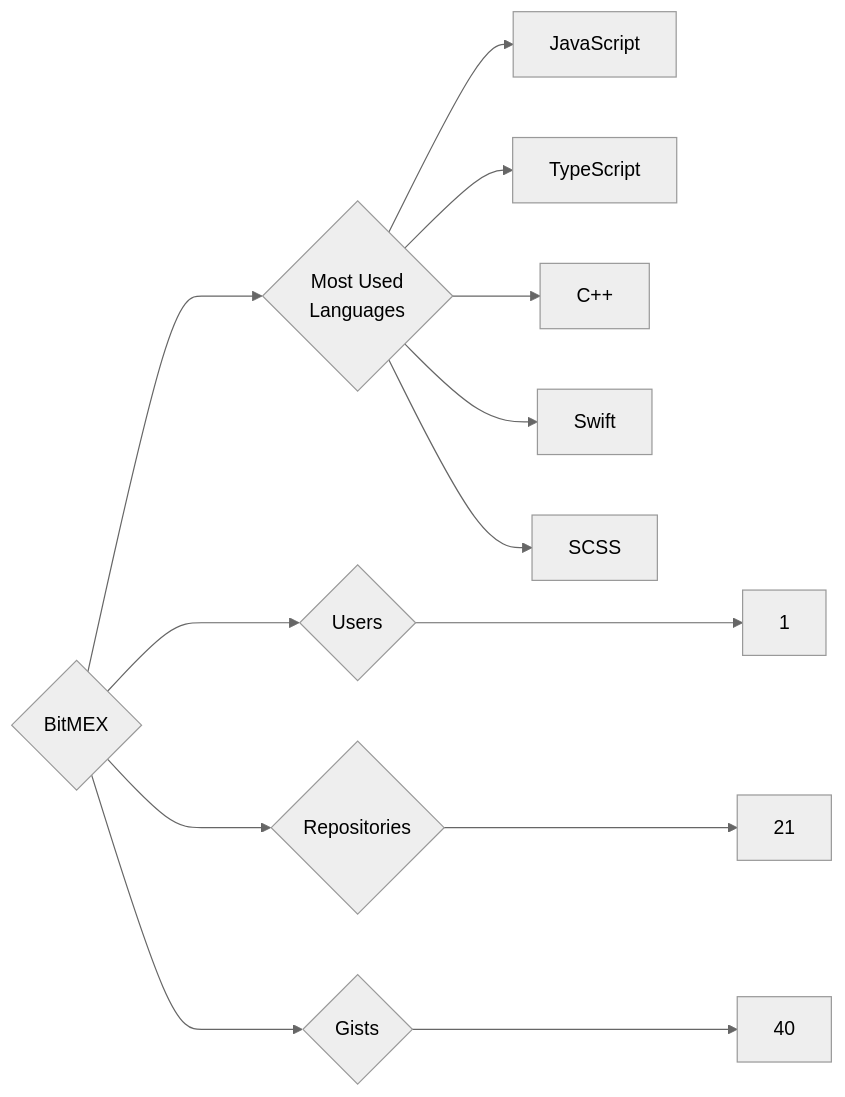
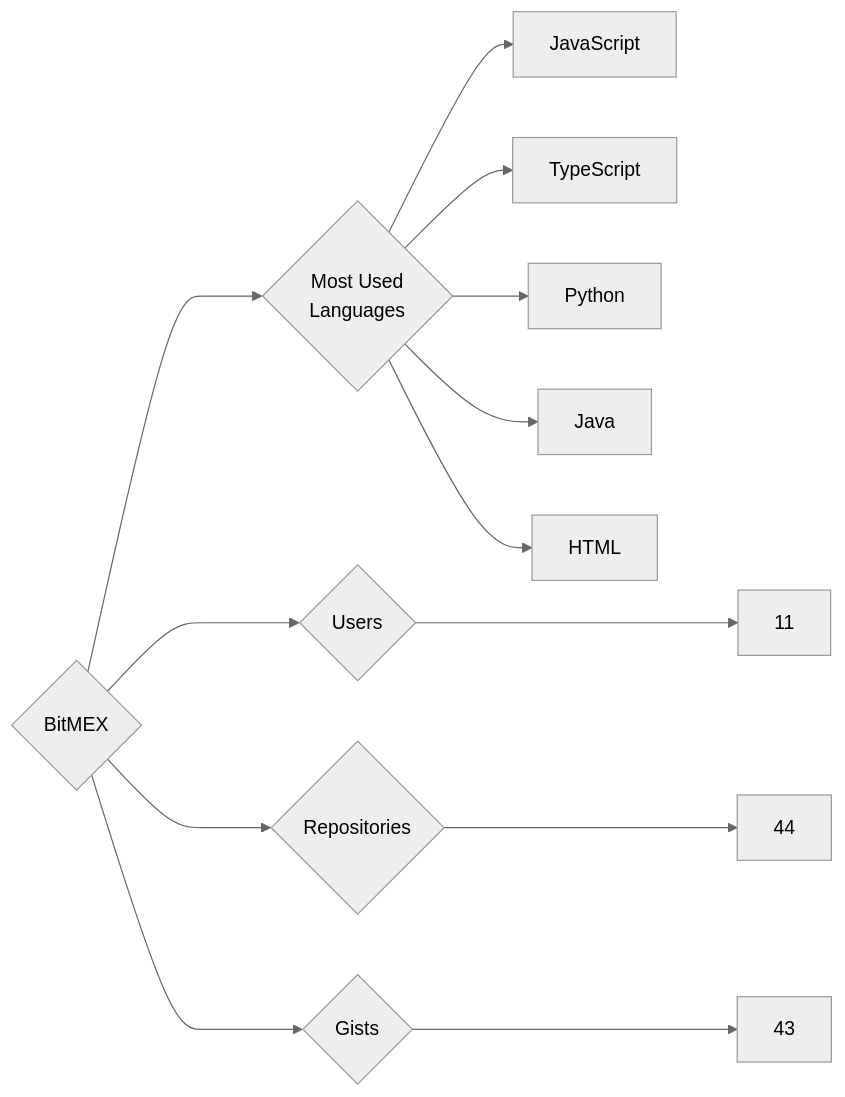
One commit to trickest/insiders changed the diagram in targets/BitMEX/README.md. Above: the diagram before and after it, drawn with Mermaid (neutral theme). The commit also changed 930 other files, not shown here.

````diff
--- a/targets/BitMEX/README.md
+++ b/targets/BitMEX/README.md
@@ -3,13 +3,13 @@
 ```mermaid
 graph LR
 COMPANY_NAME{BitMEX}
-COMPANY_NAME ---> U{Users} ---> UN[1]
-COMPANY_NAME ---> R{Repositories} ---> RN[21]
-COMPANY_NAME ---> G{Gists} ---> GN[40]
+COMPANY_NAME ---> U{Users} ---> UN[11]
+COMPANY_NAME ---> R{Repositories} ---> RN[44]
+COMPANY_NAME ---> G{Gists} ---> GN[43]
 COMPANY_NAME ---> ML{Most Used<br>Languages}
 ML --> JavaScript[JavaScript]
 ML --> TypeScript[TypeScript]
-ML --> C++[C++]
-ML --> Swift[Swift]
-ML --> SCSS[SCSS]
+ML --> Python[Python]
+ML --> Java[Java]
+ML --> HTML[HTML]
 ```
````
